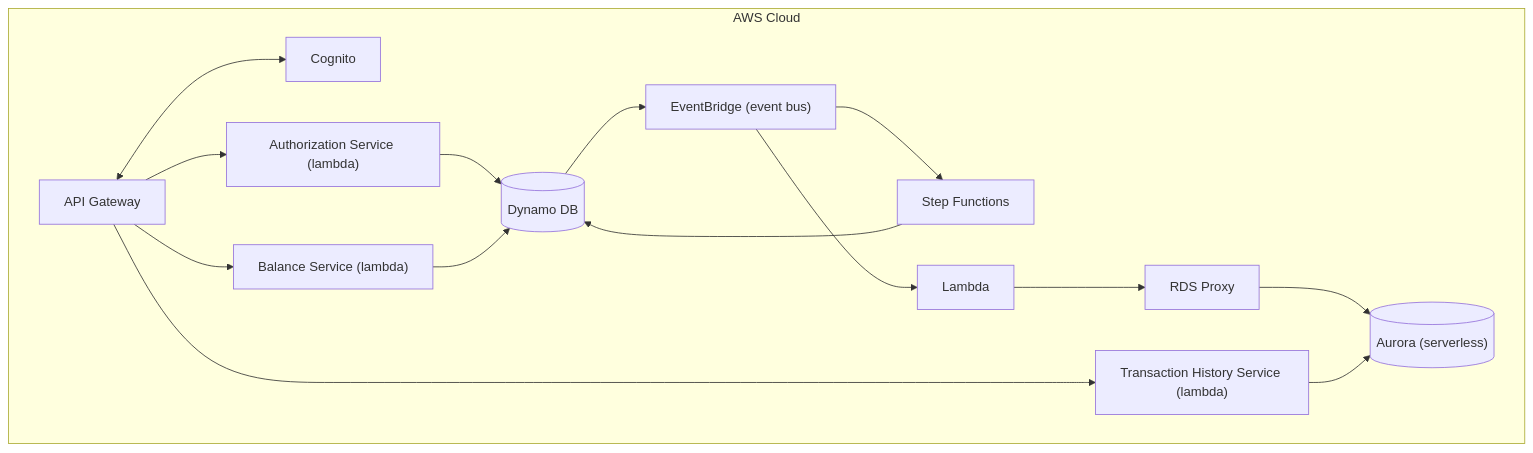
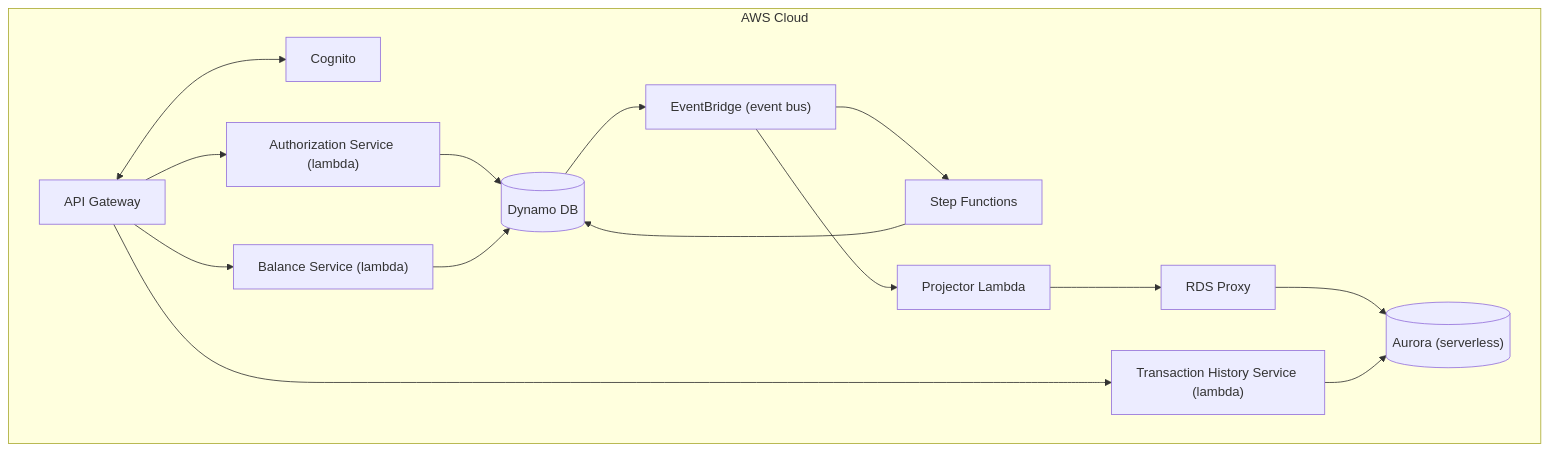
Before and after one commit to Daniel-Ibarrola/PayLedger: the diagram in docs/design-doc.md, drawn with Mermaid. The commit also changed other lines of this file, not shown here.

Commit message:
refine design doc: update EventBridge-Lambda mapping, revise account-scoped API routes, expand security section (authentication, authorization, IAM, PII classification)

````diff
--- a/docs/design-doc.md
+++ b/docs/design-doc.md
@@ -53,35 +53,35 @@
 ```mermaid
 flowchart TB
     subgraph Edge["AWS Cloud"]
         APIGW["API Gateway"]
         Cognito["Cognito"]
         
         AuthServ["Authorization Service (lambda)"]
         DynamoDB[("Dynamo DB")]
         
         EB["EventBridge (event bus)"]
         SF["Step Functions"]
         
-        Lambda["Lambda"]
+        ProjectorLambda["Projector Lambda"]
         RDSP["RDS Proxy"]
         Aurora[("Aurora (serverless)")]
         BalanceServ["Balance Service (lambda)"]
         TxnServ["Transaction History Service (lambda)"]
 
     end
 
 
     APIGW <--> Cognito
     APIGW --> AuthServ
     AuthServ --> DynamoDB
     DynamoDB --> EB
     
     EB --> SF
-    EB --> Lambda
+    EB --> ProjectorLambda
     
     SF --> DynamoDB
     
-    Lambda --> RDSP --> Aurora
+    ProjectorLambda --> RDSP --> Aurora
     APIGW --> BalanceServ --> DynamoDB
     APIGW --> TxnServ --> Aurora
 ```
````
